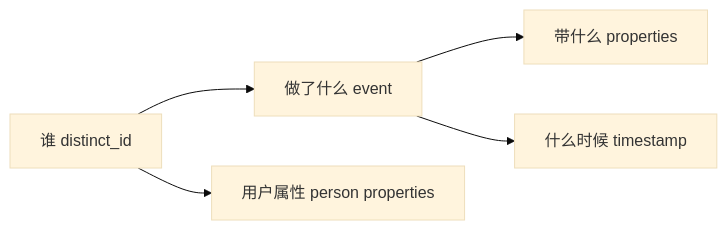
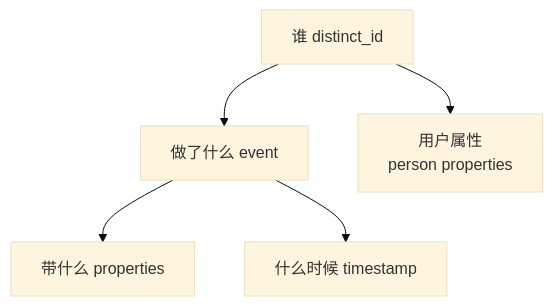
One commit to jarvis-pro/hatch-shelf changed the first of 2 diagrams in books/product-analytics/02-event-design.md. Above: the diagram before and after it, drawn with Mermaid (base theme). The commit also changed other lines of this file and 432 other files, not shown here.

````diff
--- a/books/product-analytics/02-event-design.md
+++ b/books/product-analytics/02-event-design.md
@@ -25,7 +25,7 @@
 ```mermaid
-flowchart LR
+flowchart TD
     U["谁 distinct_id"] --> E["做了什么 event"]
     E --> P["带什么 properties"]
     E --> T["什么时候 timestamp"]
-    U --> UP["用户属性 person properties"]
+    U --> UP["用户属性<br/>person properties"]
 ```
````
